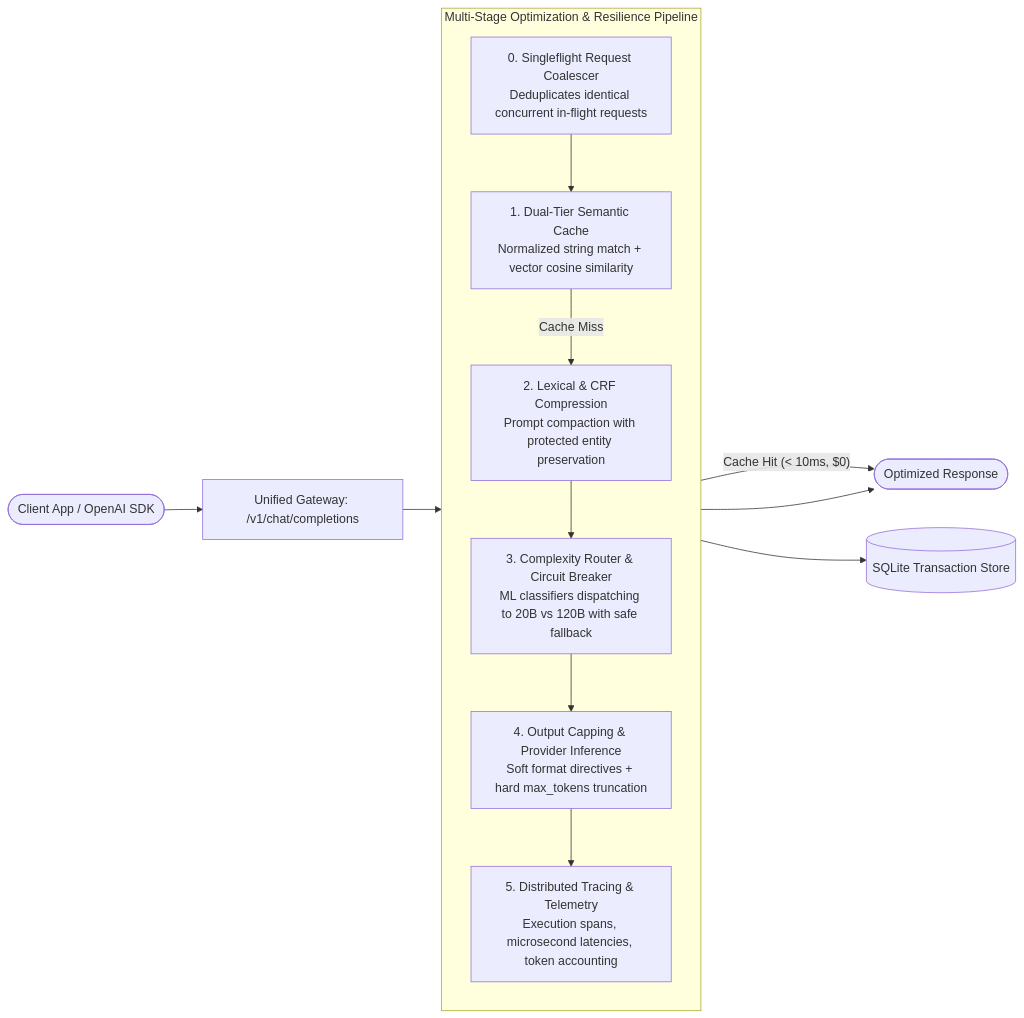
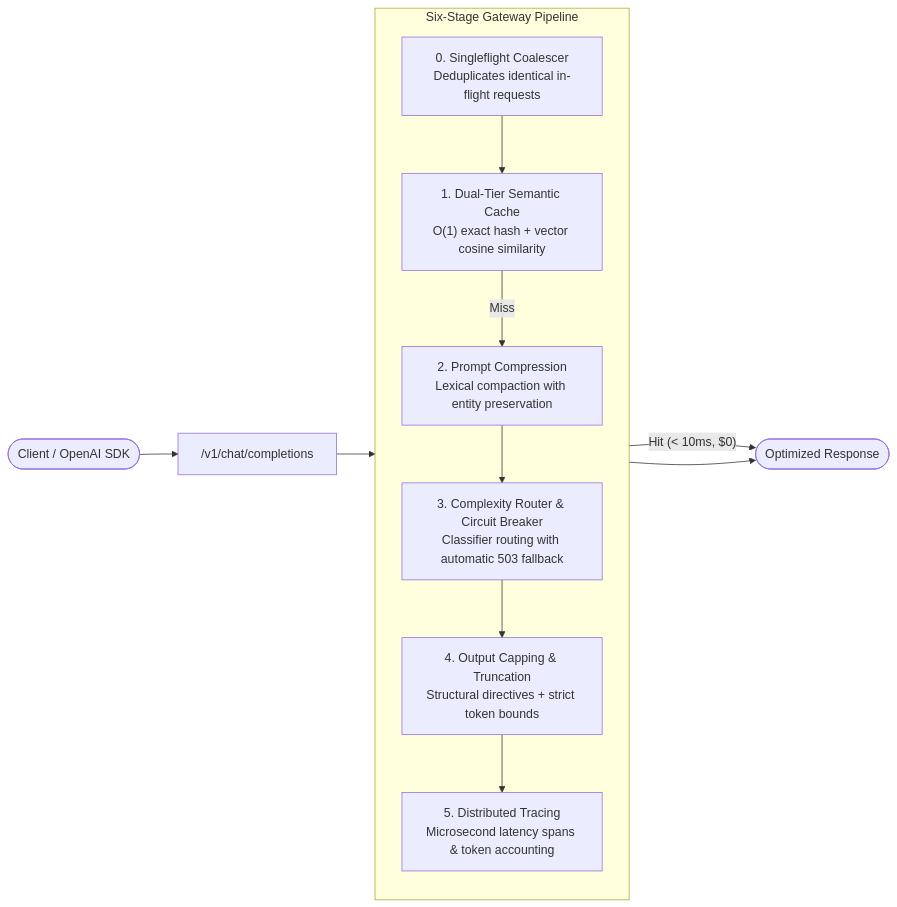
Before and after one commit to AmanKashyapp07/Token-Optimiser: the diagram in README.md, drawn with Mermaid. The commit also changed other lines of this file, not shown here.

````diff
--- a/README.md
+++ b/README.md
@@ -58,20 +46,19 @@
 ```mermaid
 flowchart LR
-    Client([Client App / OpenAI SDK]) --> Gateway[Unified Gateway: /v1/chat/completions]
+    Client([Client / OpenAI SDK]) --> GW["/v1/chat/completions"]
 
-    subgraph Pipeline["Multi-Stage Optimization & Resilience Pipeline"]
+    subgraph Pipeline["Six-Stage Gateway Pipeline"]
         direction TB
-        S0["0. Singleflight Request Coalescer<br/>Deduplicates identical concurrent in-flight requests"]
-        S1["1. Dual-Tier Semantic Cache<br/>Normalized string match + vector cosine similarity"]
-        S2["2. Lexical & CRF Compression<br/>Prompt compaction with protected entity preservation"]
-        S3["3. Complexity Router & Circuit Breaker<br/>ML classifiers dispatching to 20B vs 120B with safe fallback"]
-        S4["4. Output Capping & Provider Inference<br/>Soft format directives + hard max_tokens truncation"]
-        S5["5. Distributed Tracing & Telemetry<br/>Execution spans, microsecond latencies, token accounting"]
-        S0 --> S1 -- "Cache Miss" --> S2 --> S3 --> S4 --> S5
+        S0["0. Singleflight Coalescer<br/>Deduplicates identical in-flight requests"]
+        S1["1. Dual-Tier Semantic Cache<br/>O(1) exact hash + vector cosine similarity"]
+        S2["2. Prompt Compression<br/>Lexical compaction with entity preservation"]
+        S3["3. Complexity Router & Circuit Breaker<br/>Classifier routing with automatic 503 fallback"]
+        S4["4. Output Capping & Truncation<br/>Structural directives + strict token bounds"]
+        S5["5. Distributed Tracing<br/>Microsecond latency spans & token accounting"]
+        S0 --> S1 -- "Miss" --> S2 --> S3 --> S4 --> S5
     end
 
-    Gateway --> S0
-    S1 -- "Cache Hit (< 10ms, $0)" --> Out([Optimized Response])
-    S5 --> Store[(SQLite Transaction Store)]
+    GW --> S0
+    S1 -- "Hit (< 10ms, $0)" --> Out([Optimized Response])
     S5 --> Out
 ```
````
